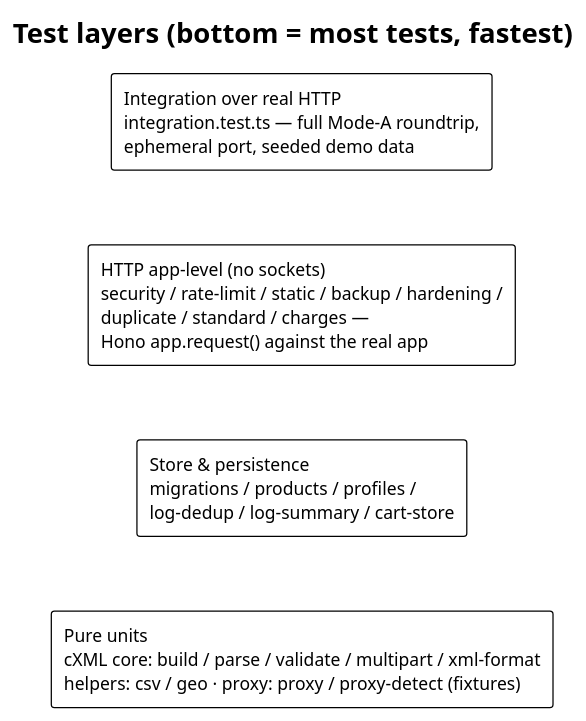
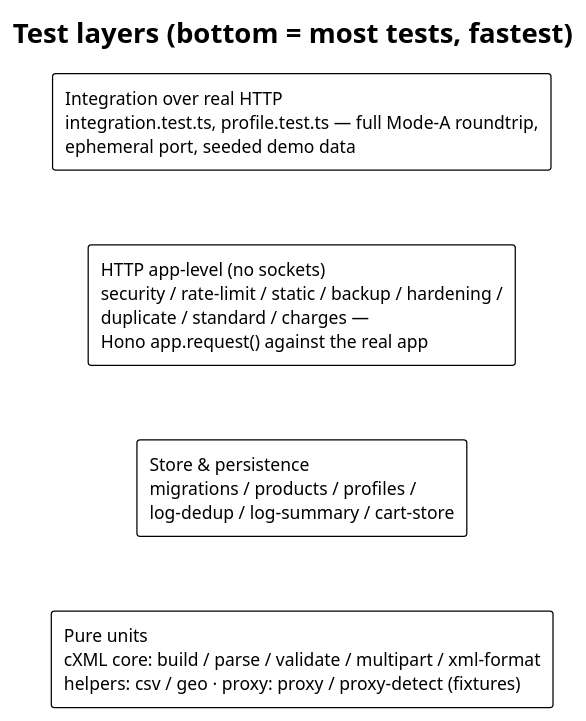
One commit to slawomir-szostak/punchout-simulator changed the diagram in docs/diagrams/test-layers.puml. Above: the diagram before and after it, drawn with PlantUML. The commit also changed 24 other files, not shown here.

```diff
--- a/docs/diagrams/test-layers.puml
+++ b/docs/diagrams/test-layers.puml
@@ -1,13 +1,13 @@
 @startuml test-layers
 !theme plain
 title Test layers (bottom = most tests, fastest)
 
-rectangle "Integration over real HTTP\nintegration.test.ts — full Mode-A roundtrip,\nephemeral port, seeded demo data" as L4
+rectangle "Integration over real HTTP\nintegration.test.ts, profile.test.ts — full Mode-A roundtrip,\nephemeral port, seeded demo data" as L4
 rectangle "HTTP app-level (no sockets)\nsecurity / rate-limit / static / backup / hardening /\nduplicate / standard / charges —\nHono app.request() against the real app" as L3
 rectangle "Store & persistence\nmigrations / products / profiles /\nlog-dedup / log-summary / cart-store" as L2
 rectangle "Pure units\ncXML core: build / parse / validate / multipart / xml-format\nhelpers: csv / geo · proxy: proxy / proxy-detect (fixtures)" as L1
 
 L4 -[hidden]down- L3
 L3 -[hidden]down- L2
 L2 -[hidden]down- L1
 @enduml
```
